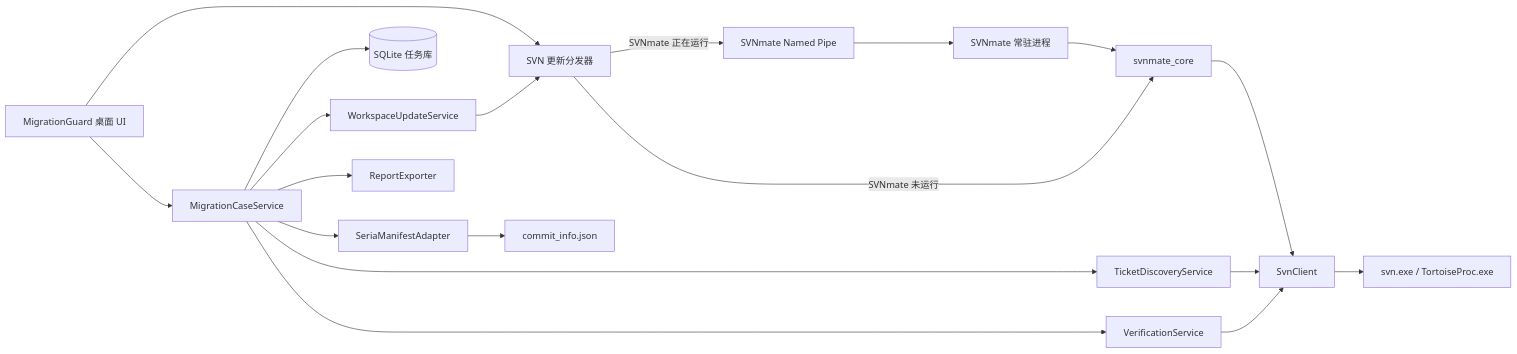
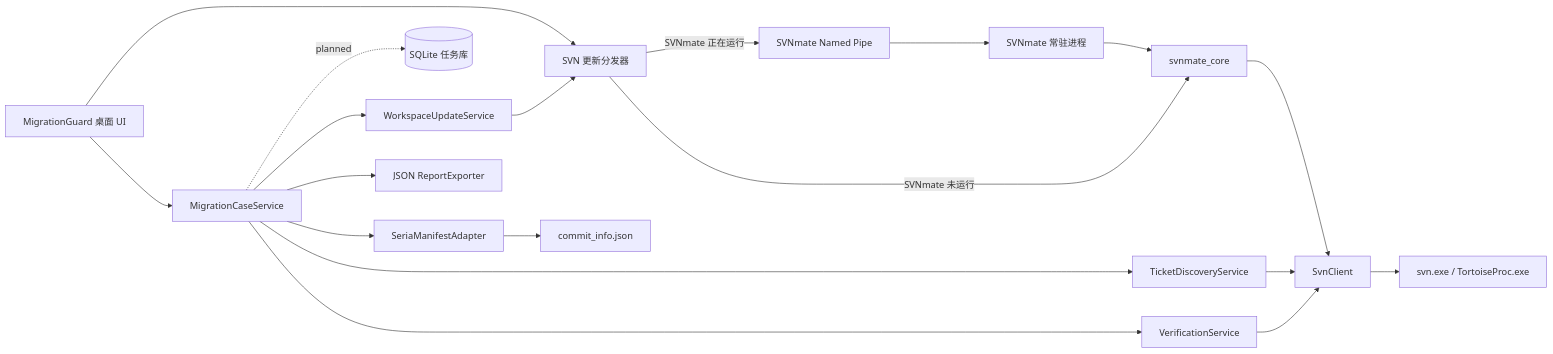
One commit to SusamMinami/SVNmate changed the diagram in docs/migration-guard-design.md. Above: the diagram before and after it, drawn with Mermaid. The commit also changed other lines of this file and 22 other files, not shown here.

````diff
--- a/docs/migration-guard-design.md
+++ b/docs/migration-guard-design.md
@@ -206,21 +234,21 @@
 ```mermaid
 flowchart LR
     UI[MigrationGuard 桌面 UI] --> Dispatch[SVN 更新分发器]
     Dispatch -->|SVNmate 正在运行| IPC[SVNmate Named Pipe]
     IPC --> Host[SVNmate 常驻进程]
     Host --> Core[svnmate_core]
     Dispatch -->|SVNmate 未运行| Core
     UI --> Case[MigrationCaseService]
     Case --> Update[WorkspaceUpdateService]
     Case --> Scan[TicketDiscoveryService]
     Case --> Verify[VerificationService]
-    Case --> Store[(SQLite 任务库)]
+    Case -. planned .-> Store[(SQLite 任务库)]
     Update --> Dispatch
     Core --> SVN[SvnClient]
     Scan --> SVN
     Verify --> SVN
     SVN --> CLI[svn.exe / TortoiseProc.exe]
     Case --> Manifest[SeriaManifestAdapter]
     Manifest --> JSON[commit_info.json]
-    Case --> Report[ReportExporter]
+    Case --> Report[JSON ReportExporter]
 ```
````
